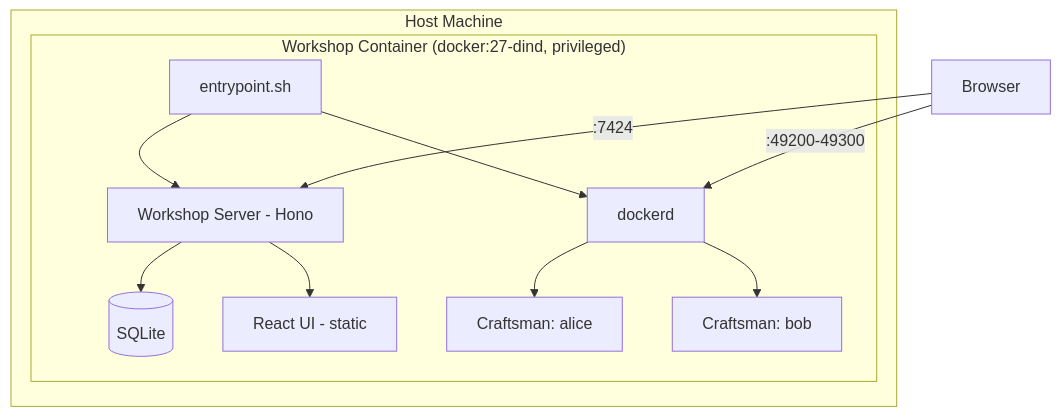
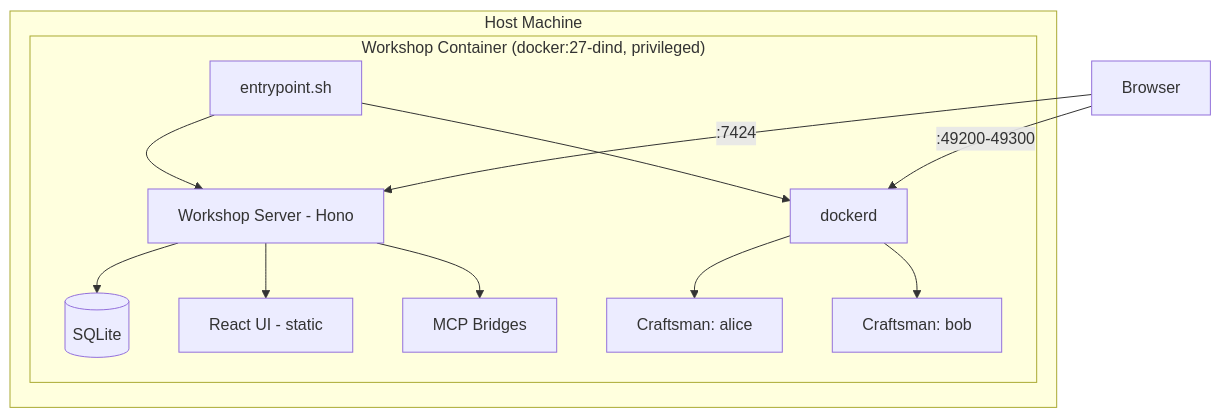
The first of 8 diagrams in documentation/key_concepts/architecture.md (marcus-gc/workshop), drawn with Mermaid before and after one commit. The commit also changed other lines of this file and 10 other files, not shown here.

````diff
--- a/documentation/key_concepts/architecture.md
+++ b/documentation/key_concepts/architecture.md
@@ -11,23 +11,25 @@
 ```mermaid
 flowchart TD
   subgraph Host["Host Machine"]
     subgraph WC["Workshop Container (docker:27-dind, privileged)"]
       EP[entrypoint.sh] --> DD[dockerd]
       EP --> WS[Workshop Server - Hono]
       WS --> DB[(SQLite)]
       WS --> UI[React UI - static]
+      WS --> MB[MCP Bridges]
       DD --> C1["Craftsman: alice"]
       DD --> C2["Craftsman: bob"]
     end
   end
 
   Browser -->|:7424| WS
   Browser -->|:49200-49300| DD
 
   click EP href "#" "server/entrypoint.sh"
   click WS href "#" "server/src/index.ts"
-  click DB href "#" "server/src/db/schema.ts:4-27"
+  click DB href "#" "server/src/db/schema.ts:3-37"
   click DD href "#" "docker-compose.yml:6-6"
+  click MB href "#" "server/src/services/mcp-bridge.ts:186-195"
   click C1 href "#" "server/Dockerfile.craftsman"
-  click WC href "#" "server/Dockerfile:12-40"
+  click WC href "#" "server/Dockerfile:12-41"
 ```
````
